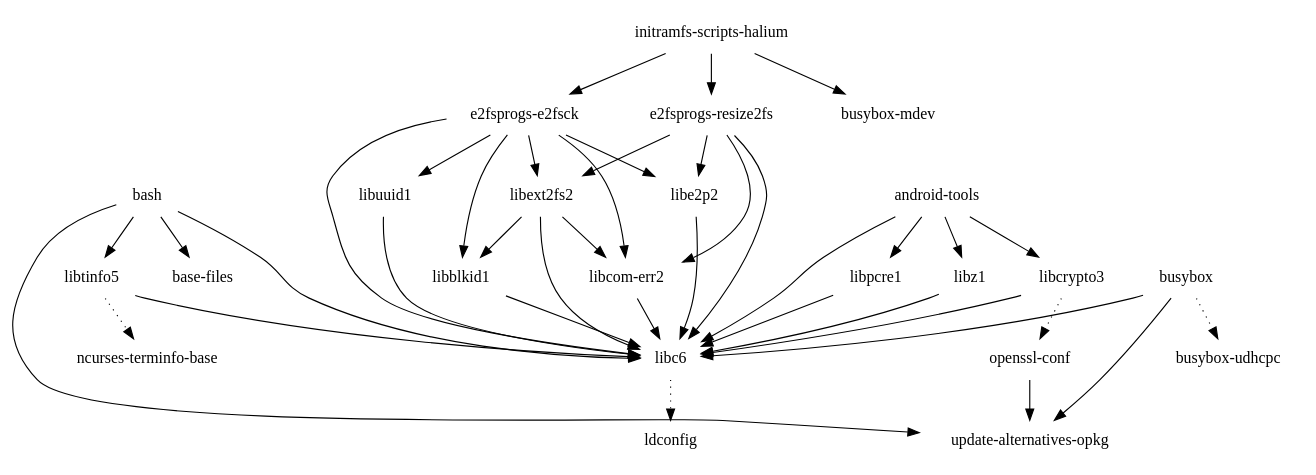
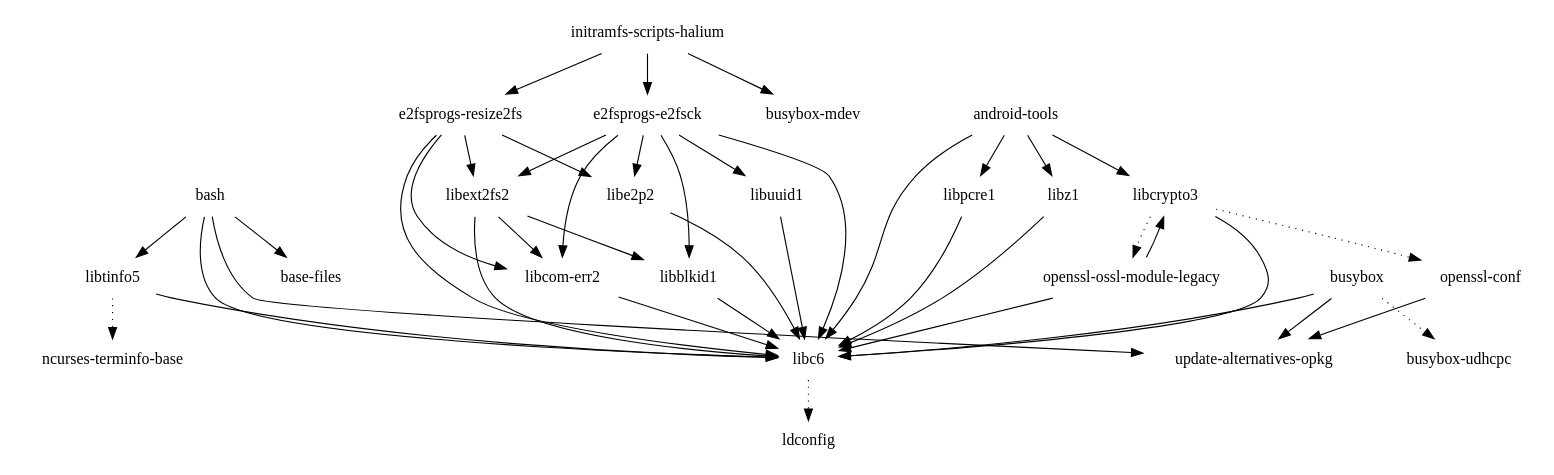
One commit to webOS-ports/buildhistory changed the diagram in images/hammerhead/glibc/initramfs-android-image/depends.dot. Above: the diagram before and after it, drawn with Graphviz. The commit also changed 2121 other files, not shown here.

```diff
--- a/images/hammerhead/glibc/initramfs-android-image/depends.dot
+++ b/images/hammerhead/glibc/initramfs-android-image/depends.dot
@@ -1,42 +1,45 @@
 digraph depends {
     node [shape=plaintext]
 "android-tools" -> "libc6"
 "android-tools" -> "libcrypto3"
 "android-tools" -> "libpcre1"
 "android-tools" -> "libz1"
 "bash" -> "base-files"
 "bash" -> "libc6"
 "bash" -> "libtinfo5"
 "bash" -> "update-alternatives-opkg"
 "busybox" -> "busybox-udhcpc" [style=dotted]
 "busybox" -> "libc6"
 "busybox" -> "update-alternatives-opkg"
 "e2fsprogs-e2fsck" -> "libblkid1"
 "e2fsprogs-e2fsck" -> "libc6"
 "e2fsprogs-e2fsck" -> "libcom-err2"
 "e2fsprogs-e2fsck" -> "libe2p2"
 "e2fsprogs-e2fsck" -> "libext2fs2"
 "e2fsprogs-e2fsck" -> "libuuid1"
 "e2fsprogs-resize2fs" -> "libc6"
 "e2fsprogs-resize2fs" -> "libcom-err2"
 "e2fsprogs-resize2fs" -> "libe2p2"
 "e2fsprogs-resize2fs" -> "libext2fs2"
 "initramfs-scripts-halium" -> "busybox-mdev"
 "initramfs-scripts-halium" -> "e2fsprogs-e2fsck"
 "initramfs-scripts-halium" -> "e2fsprogs-resize2fs"
 "libblkid1" -> "libc6"
 "libc6" -> "ldconfig" [style=dotted]
 "libcom-err2" -> "libc6"
 "libcrypto3" -> "libc6"
 "libcrypto3" -> "openssl-conf" [style=dotted]
+"libcrypto3" -> "openssl-ossl-module-legacy" [style=dotted]
 "libe2p2" -> "libc6"
 "libext2fs2" -> "libblkid1"
 "libext2fs2" -> "libc6"
 "libext2fs2" -> "libcom-err2"
 "libpcre1" -> "libc6"
 "libtinfo5" -> "libc6"
 "libtinfo5" -> "ncurses-terminfo-base" [style=dotted]
 "libuuid1" -> "libc6"
 "libz1" -> "libc6"
 "openssl-conf" -> "update-alternatives-opkg"
+"openssl-ossl-module-legacy" -> "libc6"
+"openssl-ossl-module-legacy" -> "libcrypto3"
 }
```
